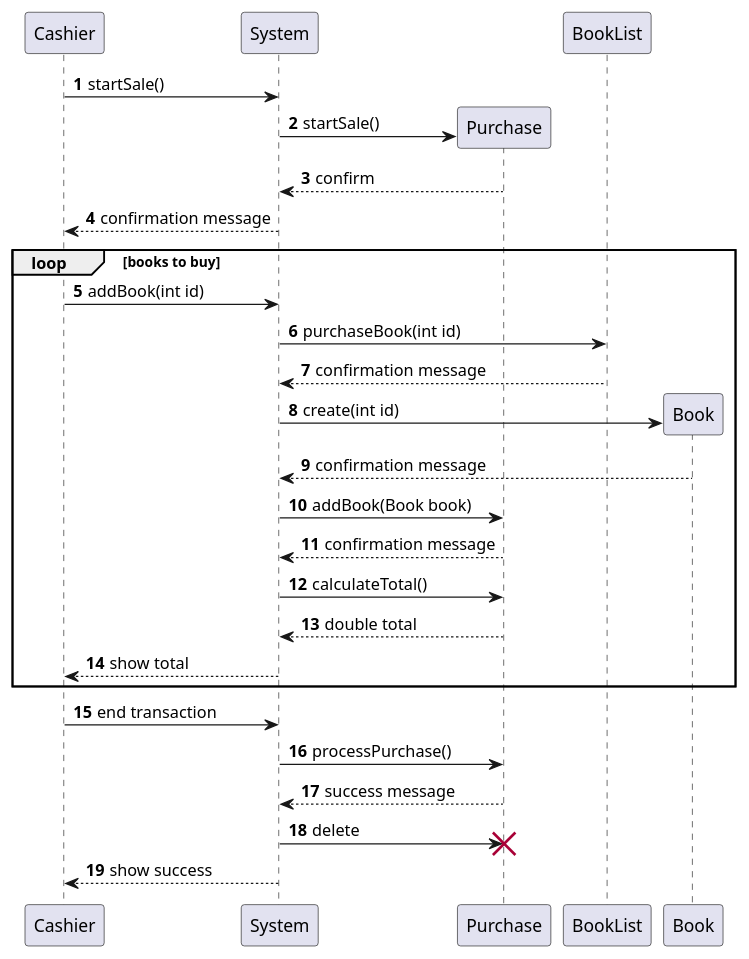
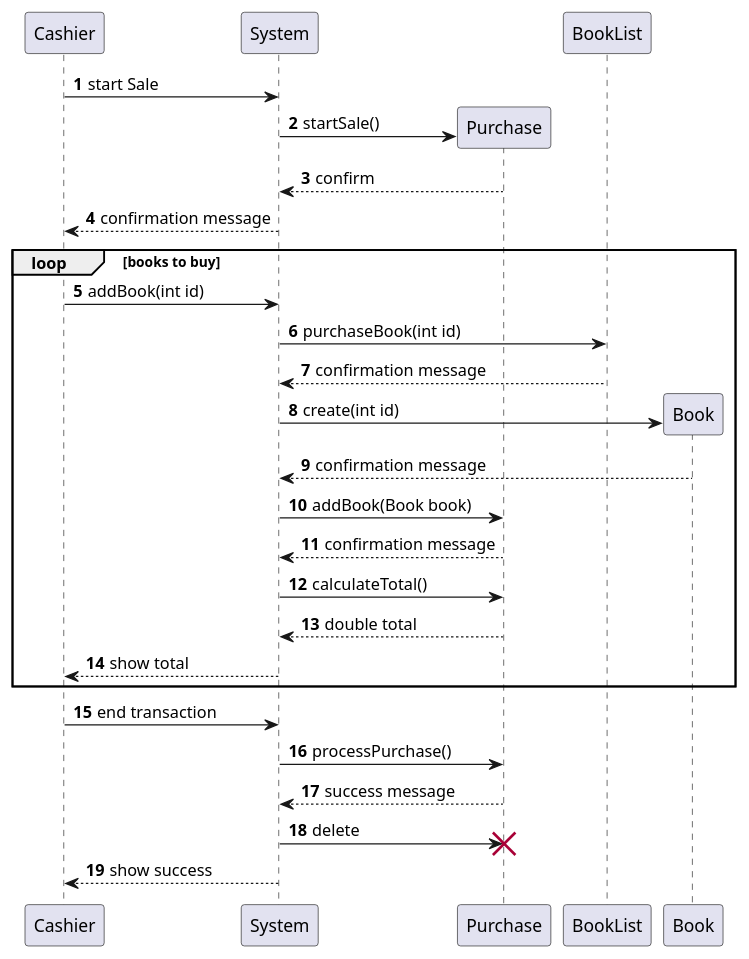
Before and after one commit to HabibaMekay/Bookstore-Management-System: the diagram in diagrams/sequence diagrams/ProcessBookSale.puml, drawn with PlantUML. The commit also changed 13 other files, not shown here.

```diff
--- a/diagrams/sequence diagrams/ProcessBookSale.puml
+++ b/diagrams/sequence diagrams/ProcessBookSale.puml
@@ -1,29 +1,29 @@
 @startuml
 'https://plantuml.com/sequence-diagram
 
 autonumber
 
-Cashier -> System: startSale()
+Cashier -> System: start Sale
 
 System-> Purchase **: startSale()
 Purchase --> System: confirm
 System --> Cashier: confirmation message
 loop books to buy
 Cashier -> System: addBook(int id)
 System -> BookList: purchaseBook(int id)
 BookList --> System: confirmation message
 System -> Book **: create(int id)
 Book --> System: confirmation message
 System -> Purchase: addBook(Book book)
 Purchase --> System: confirmation message
 System -> Purchase: calculateTotal()
 Purchase --> System: double total
 System --> Cashier: show total
 end
 Cashier -> System: end transaction
 System -> Purchase: processPurchase()
 Purchase --> System: success message
 System -> Purchase !!: delete
 System --> Cashier: show success
 
 @enduml
```
